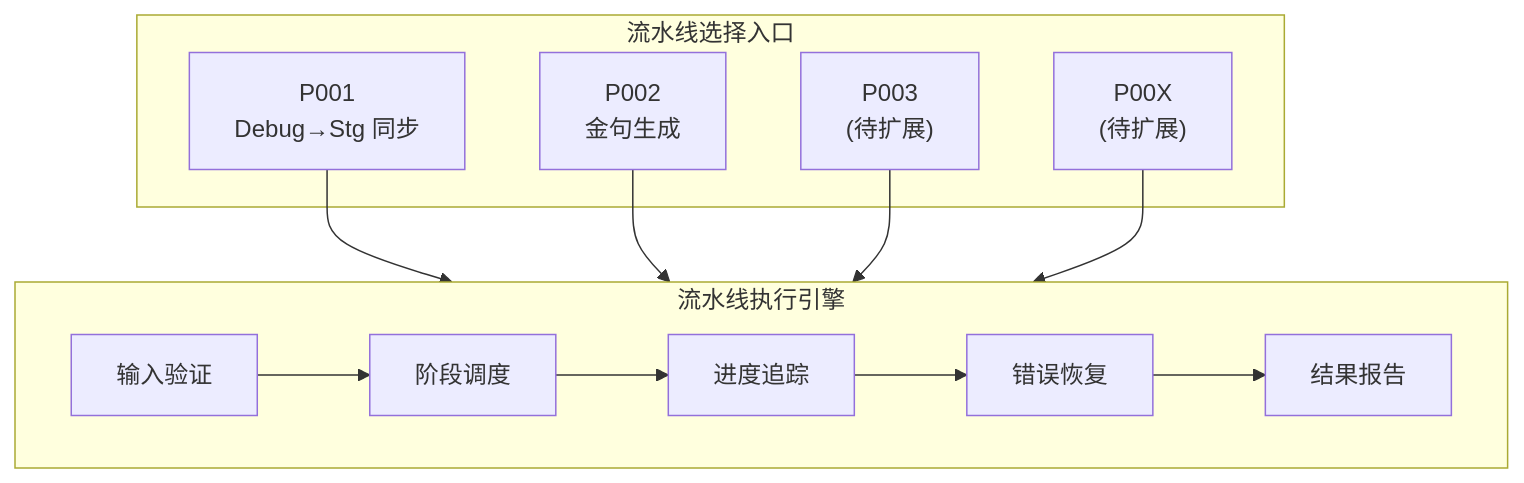
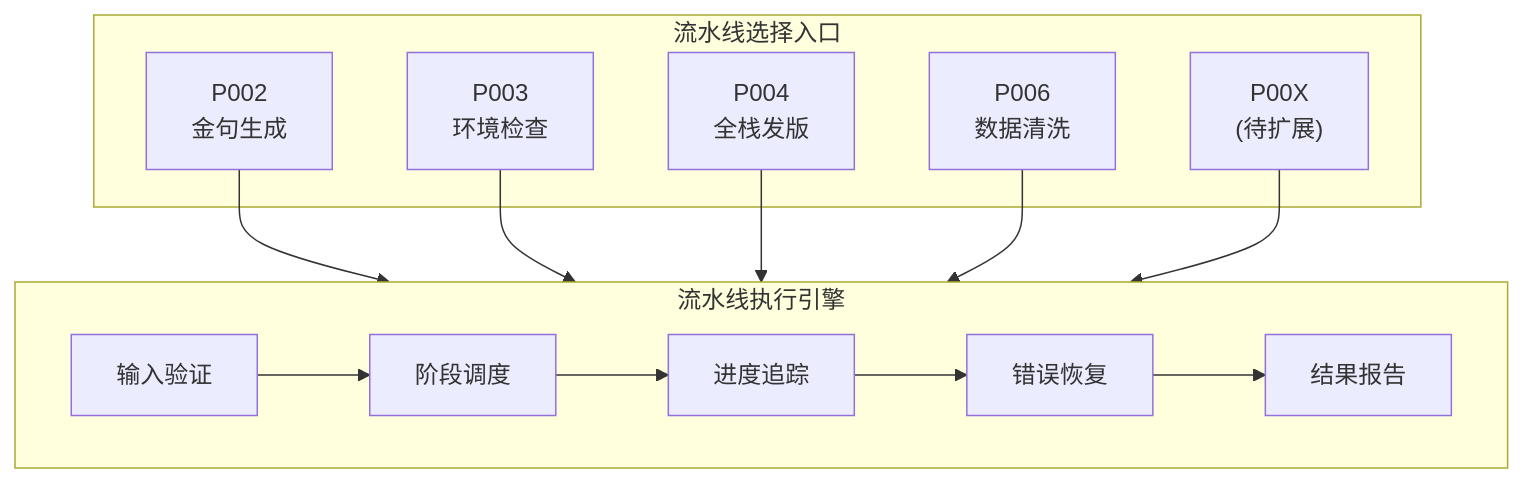
The first of 3 diagrams in 10-pipeline/pipeline-system.md (readmigo/docs), drawn with Mermaid before and after one commit. The commit also changed other lines of this file and 27 other files, not shown here.

First line of the commit message:
audit: remove code snippets, update to 2-env architecture across operations and pipeline docs

````diff
--- a/10-pipeline/pipeline-system.md
+++ b/10-pipeline/pipeline-system.md
@@ -9,18 +9,20 @@
 ```mermaid
 flowchart TD
     subgraph ENTRY["流水线选择入口"]
-        P001["P001<br>Debug→Stg 同步"]
         P002["P002<br>金句生成"]
-        P003["P003<br>(待扩展)"]
+        P003["P003<br>环境检查"]
+        P004["P004<br>全栈发版"]
+        P006["P006<br>数据清洗"]
         P00X["P00X<br>(待扩展)"]
     end
 
-    P001 --> ENGINE
     P002 --> ENGINE
     P003 --> ENGINE
+    P004 --> ENGINE
+    P006 --> ENGINE
     P00X --> ENGINE
 
     subgraph ENGINE["流水线执行引擎"]
         IV["输入验证"] --> SD["阶段调度"] --> PT["进度追踪"] --> ER["错误恢复"] --> RR["结果报告"]
     end
 ```
````
